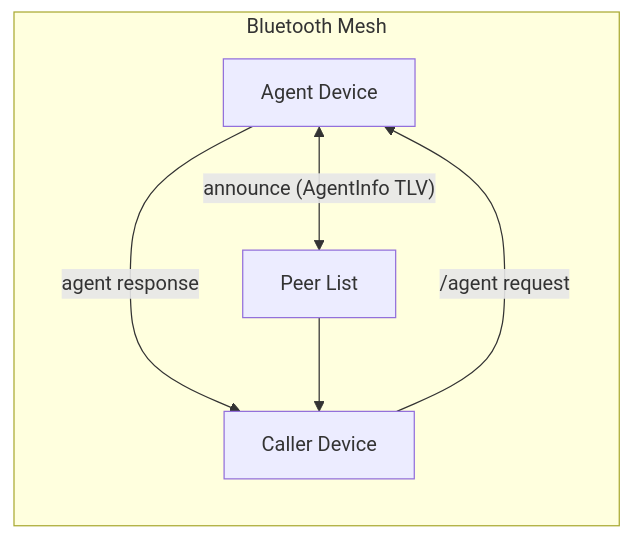
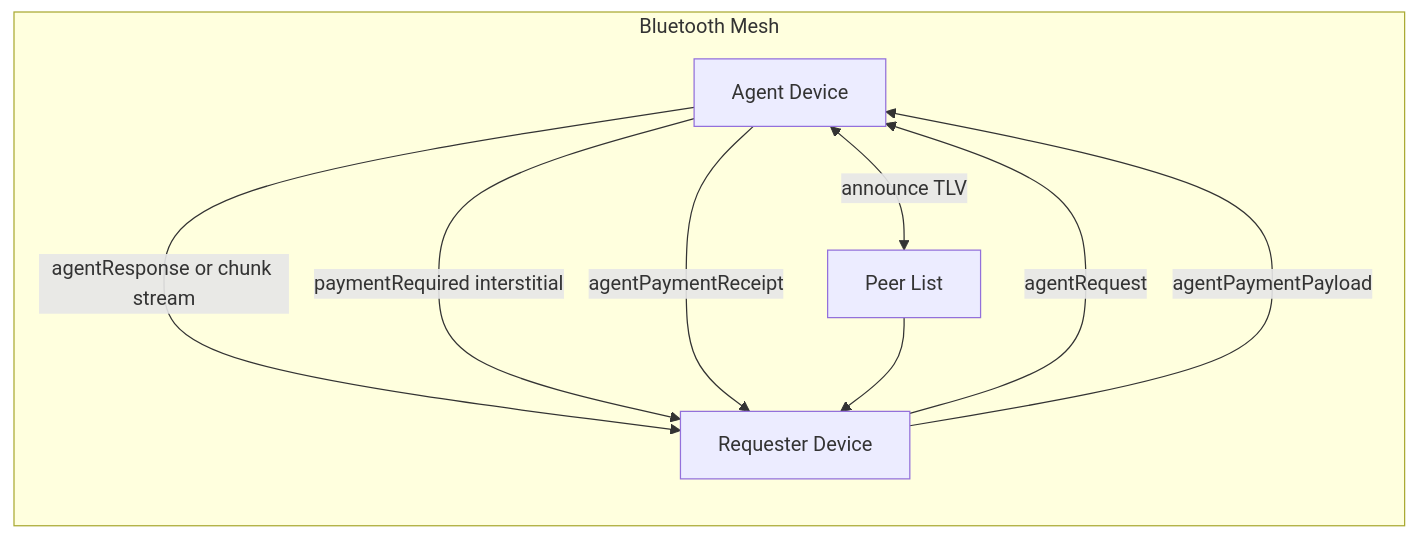
The diagram in docs/AGENT_MESH.md (kylewalsh525/bitchat), drawn with Mermaid before and after one commit. The commit also changed other lines of this file and 115 other files, not shown here.

````diff
--- a/docs/AGENT_MESH.md
+++ b/docs/AGENT_MESH.md
@@ -50,9 +59,12 @@
 ```mermaid
 flowchart LR
     subgraph Mesh["Bluetooth Mesh"]
-        A[Agent Device] <-- announce (AgentInfo TLV) --> B[Peer List]
-        C[Caller Device] -->|/agent request| A
-        A -->|agent response| C
+        A[Agent Device] <-- announce TLV --> B[Peer List]
+        C[Requester Device] -->|agentRequest| A
+        A -->|agentResponse or chunk stream| C
+        A -->|paymentRequired interstitial| C
+        C -->|agentPaymentPayload| A
+        A -->|agentPaymentReceipt| C
     end
     B --> C
 ```
````
